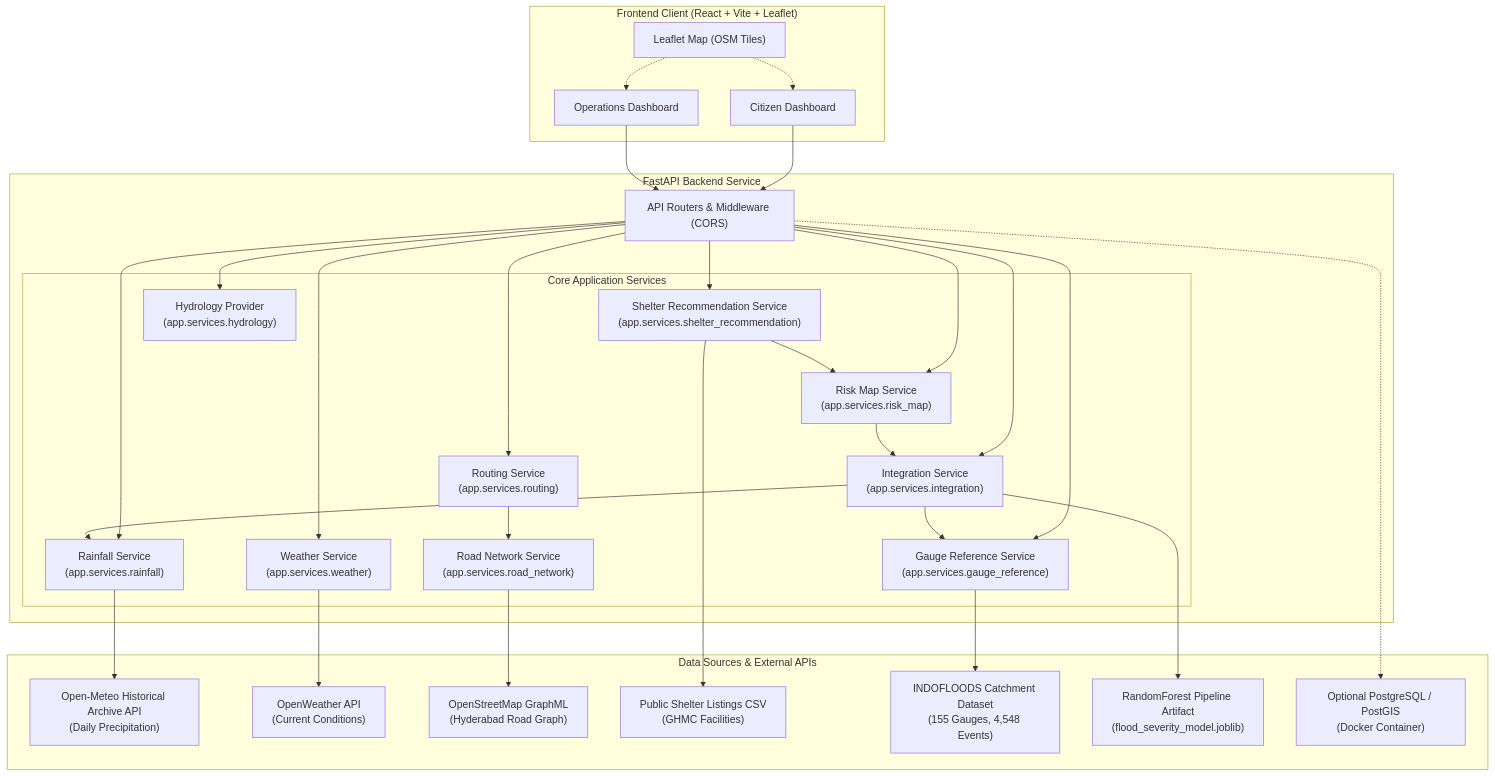
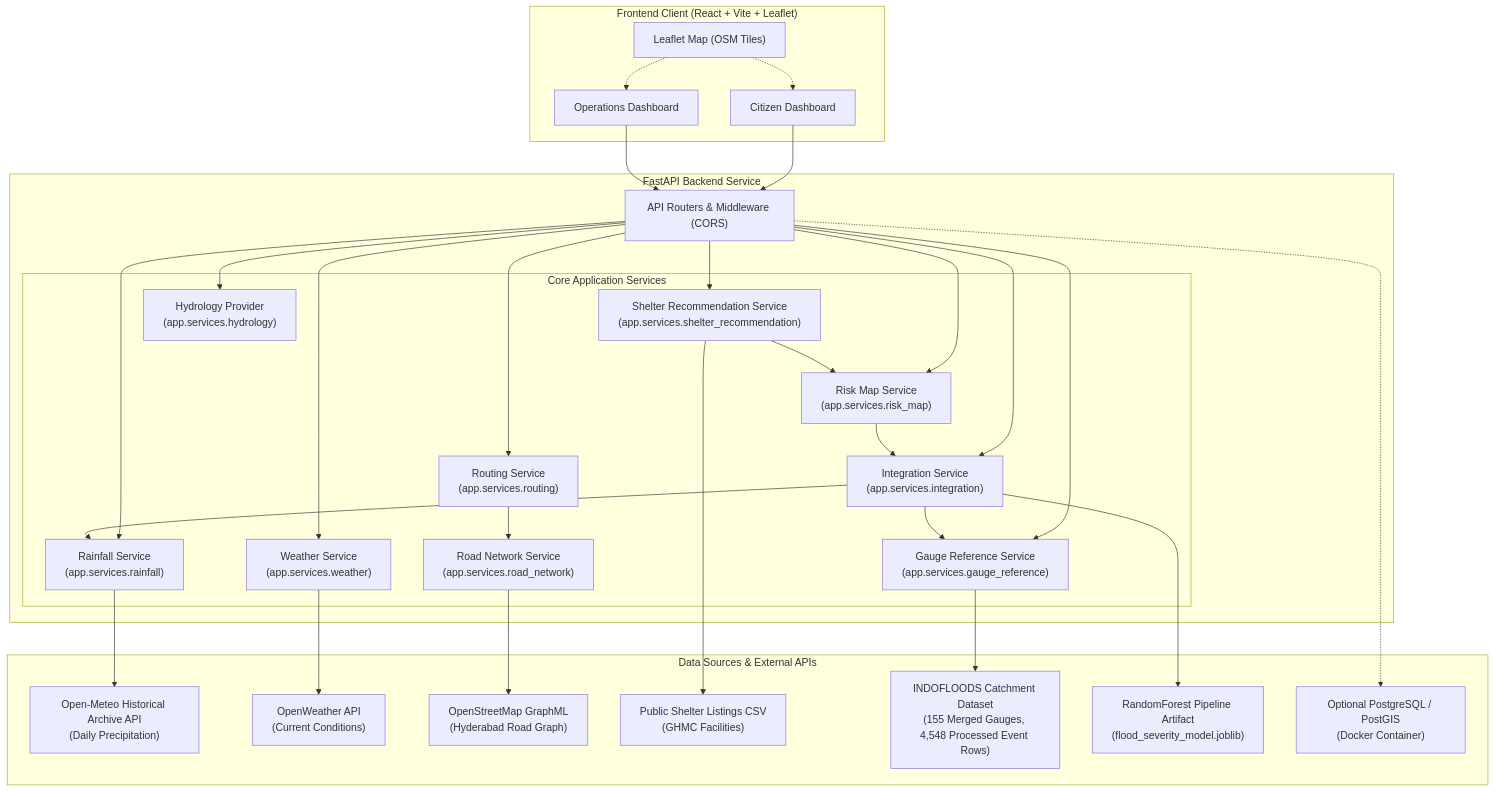
The diagram in README.md (akhilkandibanda-14/Disaster-Management), drawn with Mermaid before and after one commit. The commit also changed other lines of this file and 19 other files, not shown here.

````diff
--- a/README.md
+++ b/README.md
@@ -48,64 +48,64 @@
 ```mermaid
 flowchart TD
     subgraph Frontend["Frontend Client (React + Vite + Leaflet)"]
         UI_Citizen["Citizen Dashboard"]
         UI_Ops["Operations Dashboard"]
         UI_Map["Leaflet Map (OSM Tiles)"]
     end
 
     subgraph Backend["FastAPI Backend Service"]
         API_Gateway["API Routers & Middleware (CORS)"]
 
         subgraph Services["Core Application Services"]
             SVC_Risk["Risk Map Service<br/>(app.services.risk_map)"]
             SVC_Integ["Integration Service<br/>(app.services.integration)"]
             SVC_Gauge["Gauge Reference Service<br/>(app.services.gauge_reference)"]
             SVC_Rain["Rainfall Service<br/>(app.services.rainfall)"]
             SVC_Shelter["Shelter Recommendation Service<br/>(app.services.shelter_recommendation)"]
             SVC_Road["Road Network Service<br/>(app.services.road_network)"]
             SVC_Route["Routing Service<br/>(app.services.routing)"]
             SVC_Hydro["Hydrology Provider<br/>(app.services.hydrology)"]
             SVC_Weather["Weather Service<br/>(app.services.weather)"]
         end
     end
 
     subgraph External_Data["Data Sources & External APIs"]
         EXT_OpenMeteo["Open-Meteo Historical Archive API<br/>(Daily Precipitation)"]
         EXT_OpenWeather["OpenWeather API<br/>(Current Conditions)"]
         EXT_OSM_Roads["OpenStreetMap GraphML<br/>(Hyderabad Road Graph)"]
         EXT_OSM_Shelters["Public Shelter Listings CSV<br/>(GHMC Facilities)"]
-        EXT_INDOFLOODS["INDOFLOODS Catchment Dataset<br/>(155 Gauges, 4,548 Events)"]
+        EXT_INDOFLOODS["INDOFLOODS Catchment Dataset<br/>(155 Merged Gauges, 4,548 Processed Event Rows)"]
         ML_Model["RandomForest Pipeline Artifact<br/>(flood_severity_model.joblib)"]
         DB_Postgres["Optional PostgreSQL / PostGIS<br/>(Docker Container)"]
     end
 
     %% Frontend connections
     UI_Citizen --> API_Gateway
     UI_Ops --> API_Gateway
     UI_Map -.-> UI_Citizen
     UI_Map -.-> UI_Ops
 
     %% Router to Services
     API_Gateway --> SVC_Risk
     API_Gateway --> SVC_Integ
     API_Gateway --> SVC_Gauge
     API_Gateway --> SVC_Rain
     API_Gateway --> SVC_Shelter
     API_Gateway --> SVC_Route
     API_Gateway --> SVC_Hydro
     API_Gateway --> SVC_Weather
 
     %% Service interactions
     SVC_Risk --> SVC_Integ
     SVC_Integ --> SVC_Gauge
     SVC_Integ --> SVC_Rain
     SVC_Integ --> ML_Model
     SVC_Gauge --> EXT_INDOFLOODS
     SVC_Rain --> EXT_OpenMeteo
     SVC_Shelter --> SVC_Risk
     SVC_Shelter --> EXT_OSM_Shelters
     SVC_Route --> SVC_Road
     SVC_Road --> EXT_OSM_Roads
     SVC_Weather --> EXT_OpenWeather
     API_Gateway -.-> DB_Postgres
 ```
````
